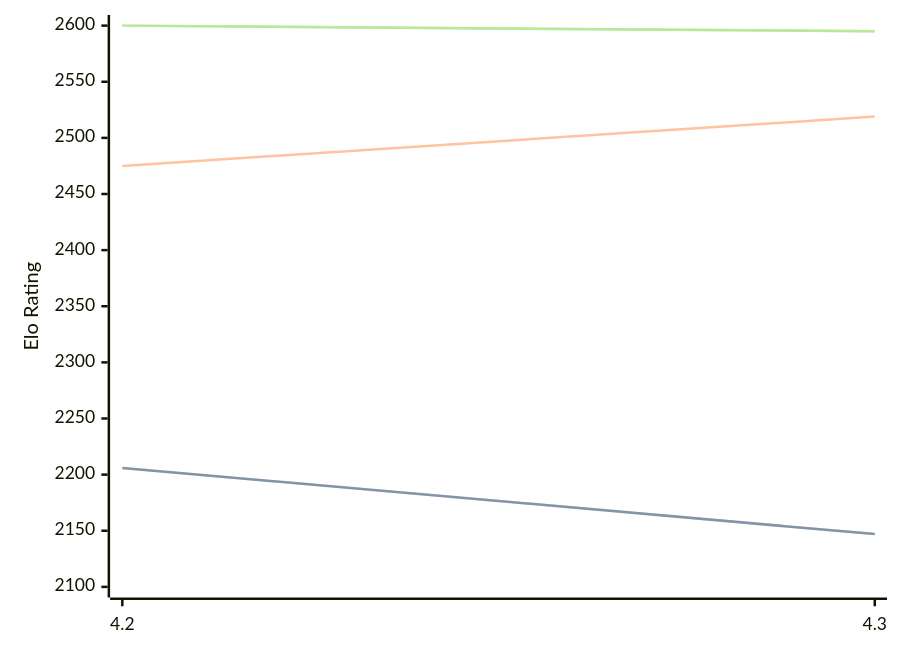
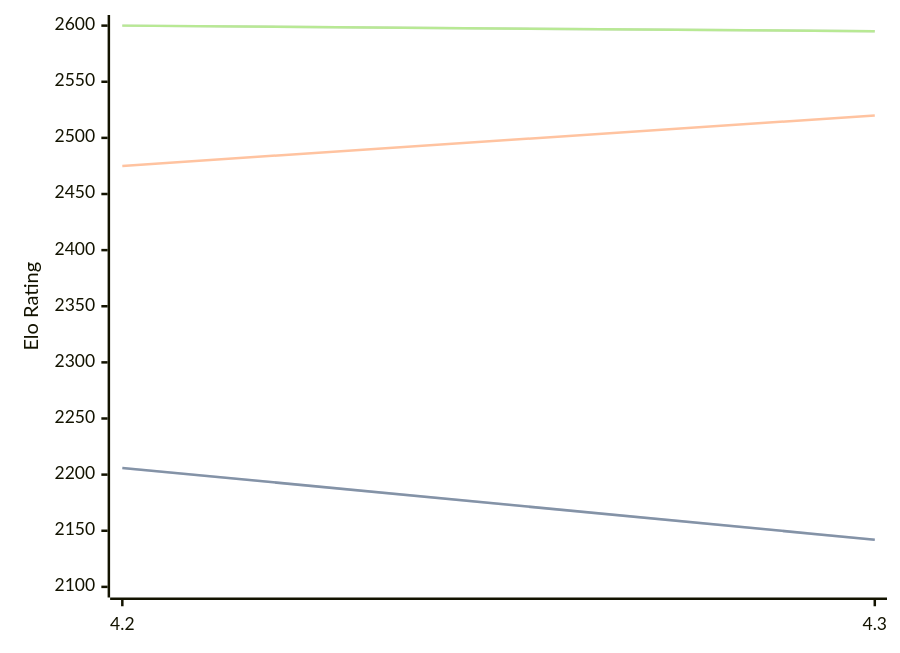
Before and after one commit to computer-chess-index/cci: the diagram in engines/Eubos.md, drawn with Mermaid. The commit also changed other lines of this file, not shown here.

Commit message:
Update CCI Ratings (ELO VLTC) - 2026-03-05

````diff
--- a/engines/Eubos.md
+++ b/engines/Eubos.md
@@ -86,11 +86,11 @@
 ```mermaid
 %%{init: {"theme":"base","themeVariables":{"seriesColors:['#a3a3a3','#222221','#faa371']}}}%%
 xychart-beta
   x-axis ["4.2", "4.3"]
   y-axis "Elo Rating" 2100 --> 2600
-  line "STC (8.0+0.08s)" [2206, 2147]
-  line "STC (8.0+0.08s)" [2206, 2147]
-  line "LTC (60.0+0.60s)" [2475, 2519]
+  line "STC (8.0+0.08s)" [2206, 2142]
+  line "STC (8.0+0.08s)" [2206, 2142]
+  line "LTC (60.0+0.60s)" [2475, 2520]
   line "VLTC (2m24s+1.12s)" [2600, 2595]
   line "VLTC (2m24s+1.12s)" [2600, 2595]
 ```
````
